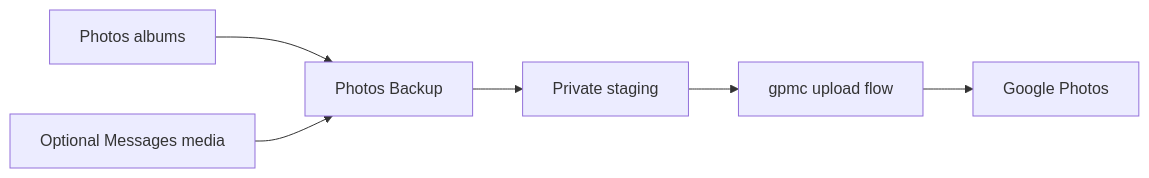
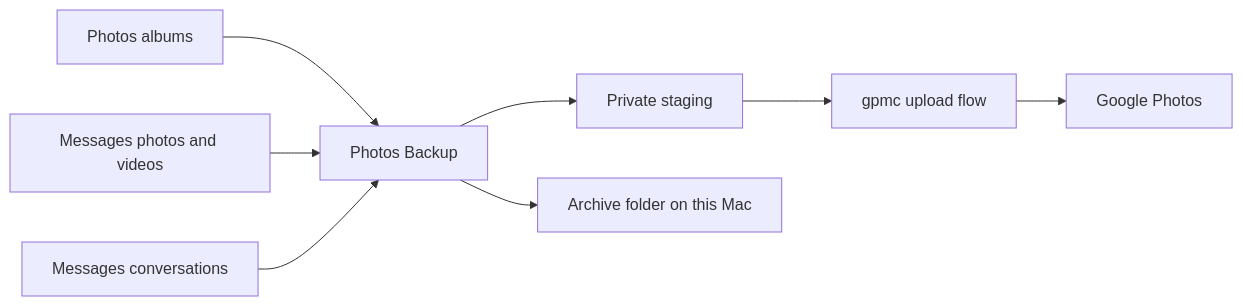
The diagram in README.md (ayush5harma/google-photos-backup), drawn with Mermaid before and after one commit. The commit also changed other lines of this file and 12 other files, not shown here.

First line of the commit message:
docs: document the iOS-parity engine, Messages archive and menu bar app

````diff
--- a/README.md
+++ b/README.md
@@ -28,8 +30,10 @@
 ```mermaid
 flowchart LR
   Photos[Photos albums] --> App[Photos Backup]
-  Messages[Optional Messages media] --> App
+  Media[Messages photos and videos] --> App
   App --> Stage[Private staging]
   Stage --> GPMC[gpmc upload flow]
   GPMC --> Google[Google Photos]
+  Chats[Messages conversations] --> App
+  App --> Archive[Archive folder on this Mac]
 ```
````
